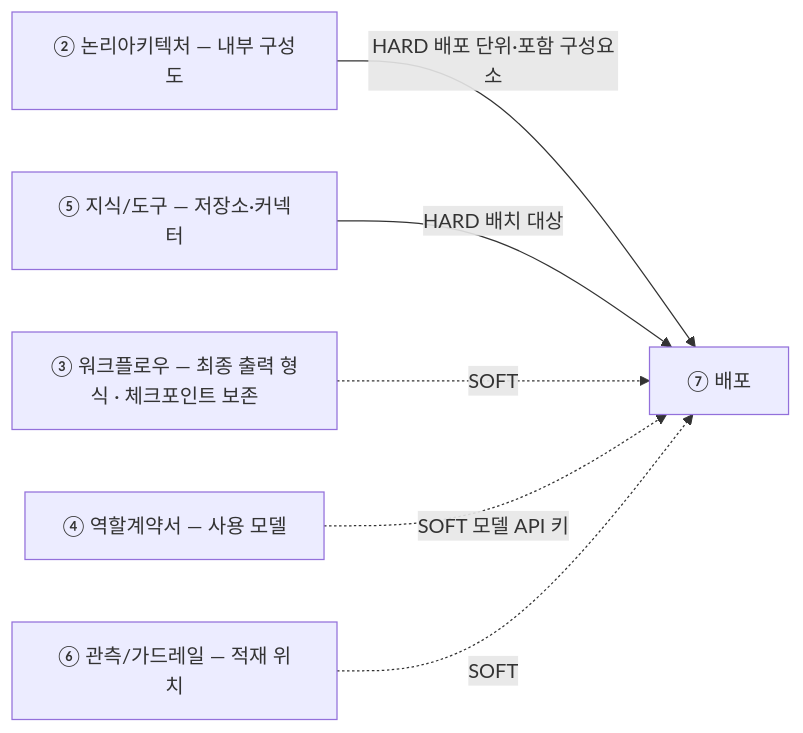
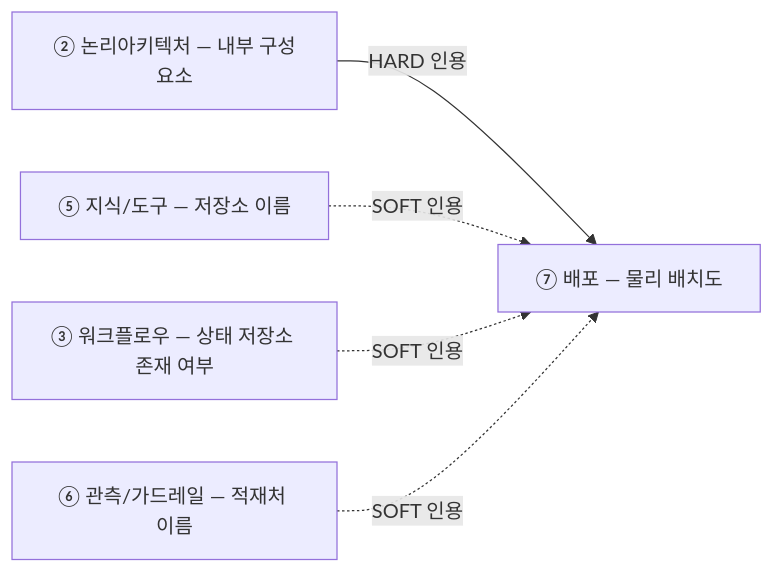
The first of 2 diagrams in design-architecture/guides/07-배포설계-가이드.md (unicorn-campus/unicorn-skills), drawn with Mermaid before and after one commit. The commit also changed other lines of this file and 16 other files, not shown here.

````diff
--- a/design-architecture/guides/07-배포설계-가이드.md
+++ b/design-architecture/guides/07-배포설계-가이드.md
@@ -19,8 +17,7 @@
 ```mermaid
 flowchart LR
-  B["② 논리아키텍처 — 내부 구성도"] -->|"HARD 배포 단위·포함 구성요소"| G["⑦ 배포"]
-  E["⑤ 지식/도구 — 저장소·커넥터"] -->|"HARD 배치 대상"| G
-  D["③ 워크플로우 — 최종 출력 형식 · 체크포인트 보존"] -.->|"SOFT"| G
-  C["④ 역할계약서 — 사용 모델"] -.->|"SOFT 모델 API 키"| G
-  F["⑥ 관측/가드레일 — 적재 위치"] -.->|"SOFT"| G
+  B["② 논리아키텍처 — 내부 구성요소"] -->|"HARD 인용"| G["⑦ 배포 — 물리 배치도"]
+  E["⑤ 지식/도구 — 저장소 이름"] -.->|"SOFT 인용"| G
+  D["③ 워크플로우 — 상태 저장소 존재 여부"] -.->|"SOFT 인용"| G
+  F["⑥ 관측/가드레일 — 적재처 이름"] -.->|"SOFT 인용"| G
 ```
````
